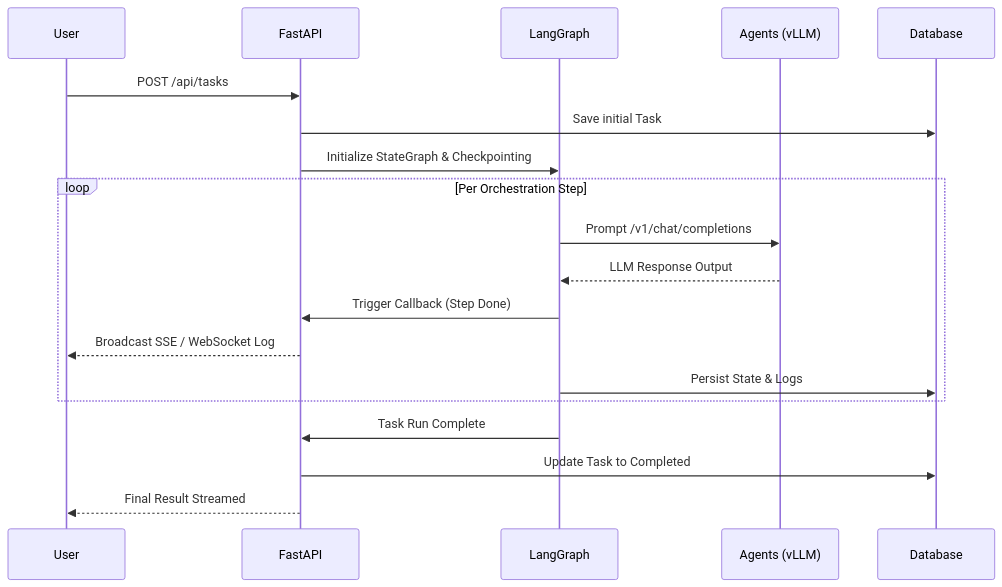
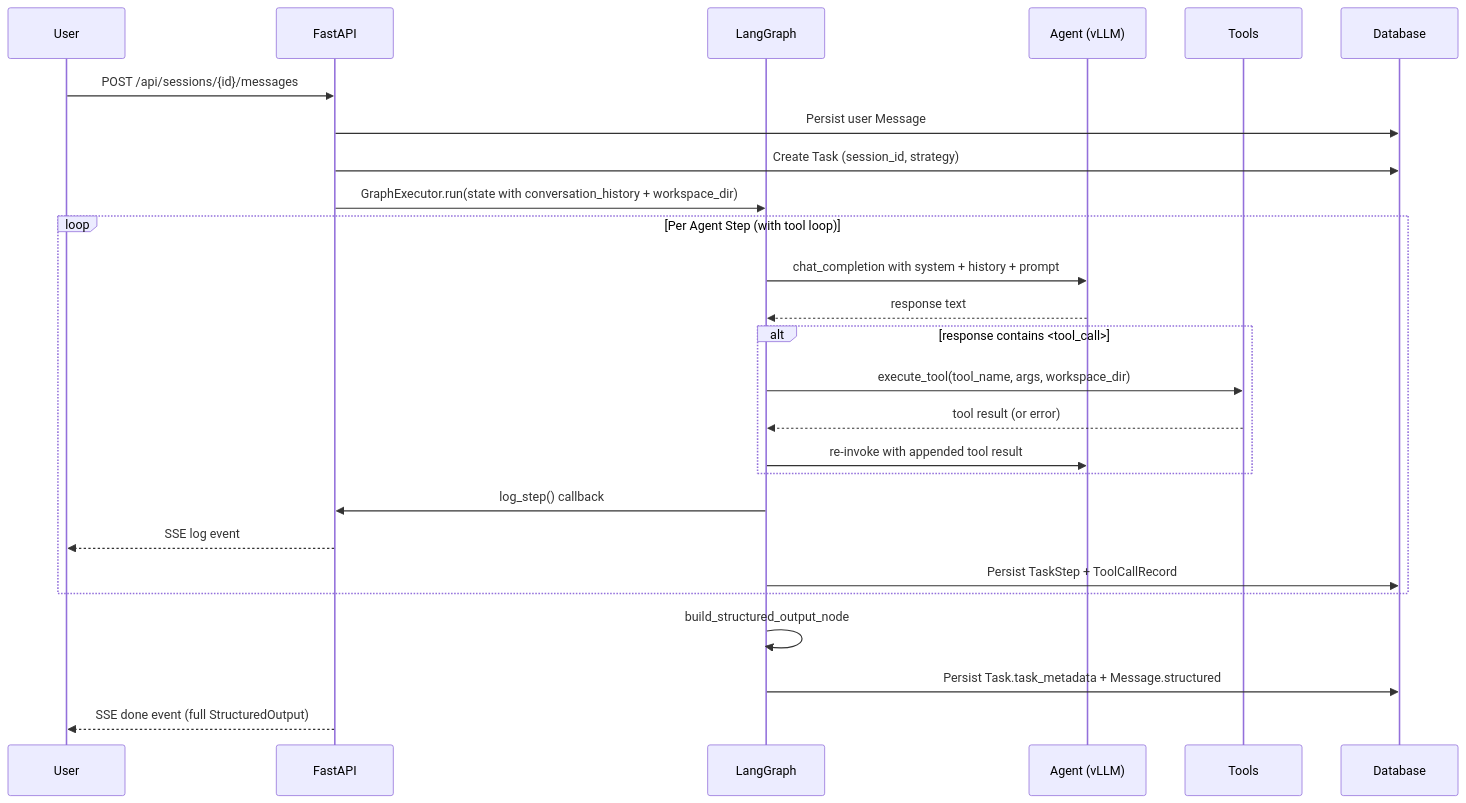
The second of 2 diagrams in docs/COMMUNICATION_ARCHITECTURE.md (lebiraja/lucy), drawn with Mermaid before and after one commit. The commit also changed other lines of this file and 14 other files, not shown here.

````diff
--- a/docs/COMMUNICATION_ARCHITECTURE.md
+++ b/docs/COMMUNICATION_ARCHITECTURE.md
@@ -57,24 +64,31 @@
 ```mermaid
 sequenceDiagram
     participant User
     participant FastAPI
     participant LangGraph
-    participant Agents (vLLM)
+    participant Agent (vLLM)
+    participant Tools
     participant Database
 
-    User->>FastAPI: POST /api/tasks
-    FastAPI->>Database: Save initial Task
-    FastAPI->>LangGraph: Initialize StateGraph & Checkpointing
-    
-    loop Per Orchestration Step
-        LangGraph->>Agents (vLLM): Prompt /v1/chat/completions
-        Agents (vLLM)-->>LangGraph: LLM Response Output
-        LangGraph->>FastAPI: Trigger Callback (Step Done)
-        FastAPI-->>User: Broadcast SSE / WebSocket Log
-        LangGraph->>Database: Persist State & Logs
+    User->>FastAPI: POST /api/sessions/{id}/messages
+    FastAPI->>Database: Persist user Message
+    FastAPI->>Database: Create Task (session_id, strategy)
+    FastAPI->>LangGraph: GraphExecutor.run(state with conversation_history + workspace_dir)
+
+    loop Per Agent Step (with tool loop)
+        LangGraph->>Agent (vLLM): chat_completion with system + history + prompt
+        Agent (vLLM)-->>LangGraph: response text
+        alt response contains <tool_call>
+            LangGraph->>Tools: execute_tool(tool_name, args, workspace_dir)
+            Tools-->>LangGraph: tool result (or error)
+            LangGraph->>Agent (vLLM): re-invoke with appended tool result
+        end
+        LangGraph->>FastAPI: log_step() callback
+        FastAPI-->>User: SSE log event
+        LangGraph->>Database: Persist TaskStep + ToolCallRecord
     end
 
-    LangGraph->>FastAPI: Task Run Complete
-    FastAPI->>Database: Update Task to Completed
-    FastAPI-->>User: Final Result Streamed
+    LangGraph->>LangGraph: build_structured_output_node
+    LangGraph->>Database: Persist Task.task_metadata + Message.structured
+    FastAPI-->>User: SSE done event (full StructuredOutput)
 ```
````
